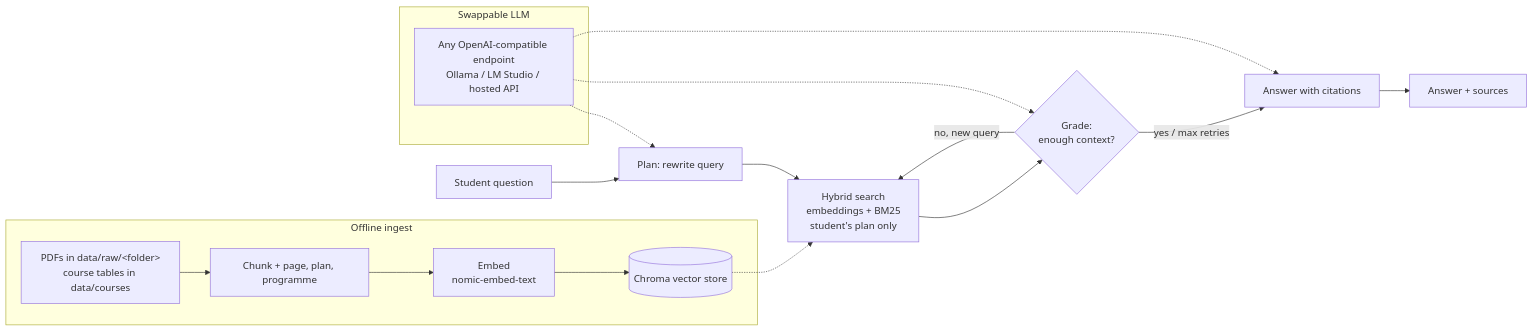
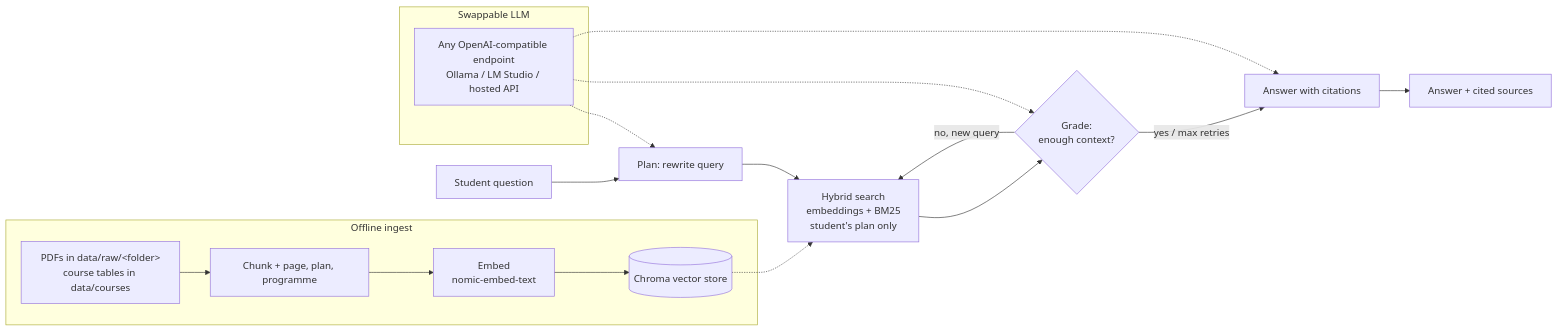
Before and after one commit to hrithikhwn/iium-course-assistant: the diagram in README.md, drawn with Mermaid. The commit also changed other lines of this file and 6 other files, not shown here.

````diff
--- a/README.md
+++ b/README.md
@@ -20,21 +20,21 @@
 ```mermaid
 flowchart LR
     Q[Student question] --> P[Plan: rewrite query]
     P --> R[Hybrid search<br/>embeddings + BM25<br/>student's plan only]
     R --> G{Grade:<br/>enough context?}
     G -- no, new query --> R
     G -- yes / max retries --> A[Answer with citations]
-    A --> OUT[Answer + sources]
+    A --> OUT[Answer + cited sources]
 
     subgraph Ingest [Offline ingest]
         D[PDFs in data/raw/&lt;folder&gt;<br/>course tables in data/courses] --> C[Chunk + page, plan, programme]
         C --> E[Embed<br/>nomic-embed-text]
         E --> V[(Chroma vector store)]
     end
     V -.-> R
 
     subgraph Model [Swappable LLM]
         L[Any OpenAI-compatible endpoint<br/>Ollama / LM Studio / hosted API]
     end
     L -.-> P & G & A
 ```
````
